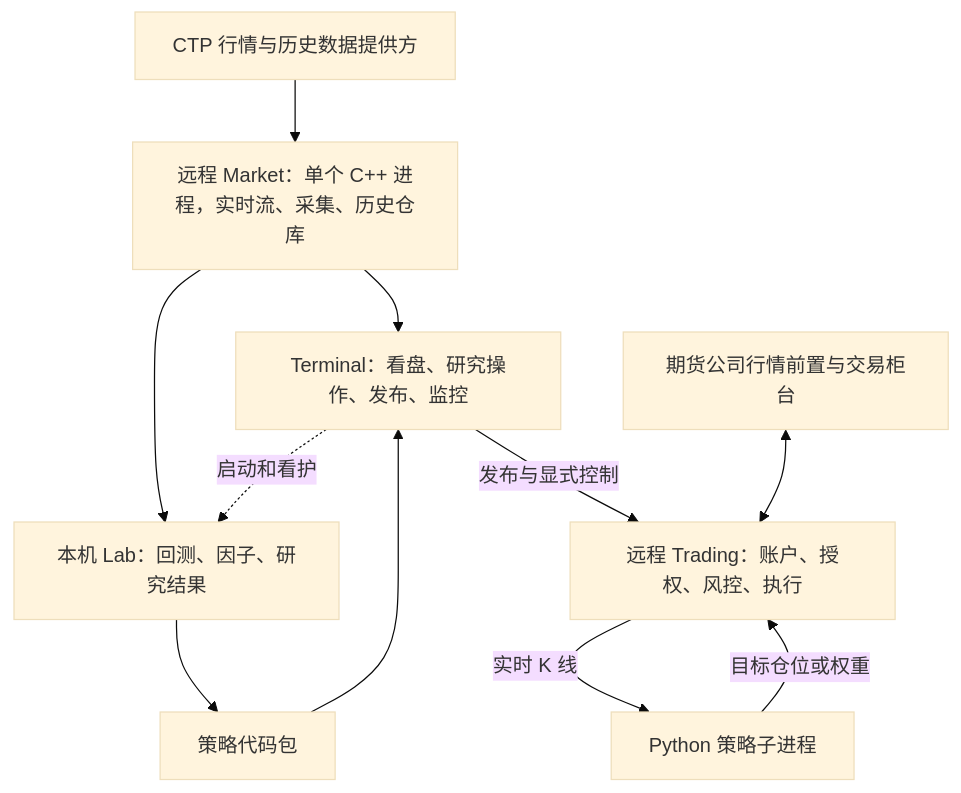
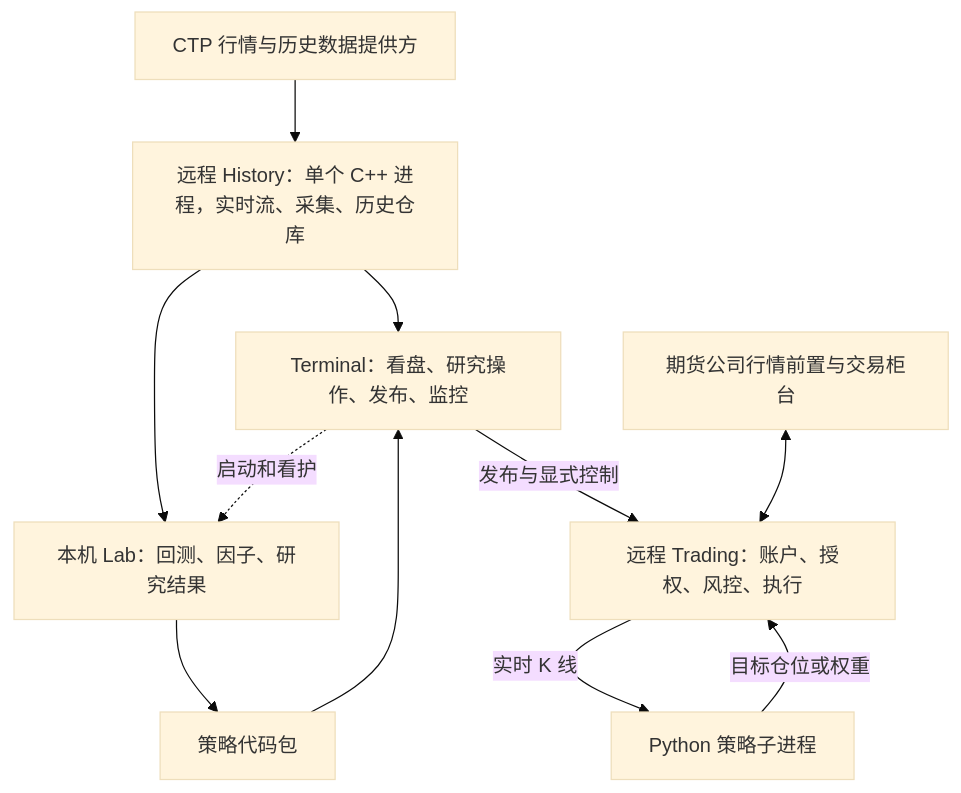
One commit to isqiwen/asterion-terminal changed the diagram in docs/architecture.md. Above: the diagram before and after it, drawn with Mermaid (base theme). The commit also changed other lines of this file and 230 other files, not shown here.

First line of the commit message:
M3.85: rename Market to History

````diff
--- a/docs/architecture.md
+++ b/docs/architecture.md
@@ -5,13 +5,13 @@
 ```mermaid
 flowchart TB
-  Providers[CTP 行情与历史数据提供方] --> Market[远程 Market：单个 C++ 进程，实时流、采集、历史仓库]
-  Market --> Terminal[Terminal：看盘、研究操作、发布、监控]
-  Market --> Lab[本机 Lab：回测、因子、研究结果]
+  Providers[CTP 行情与历史数据提供方] --> History[远程 History：单个 C++ 进程，实时流、采集、历史仓库]
+  History --> Terminal[Terminal：看盘、研究操作、发布、监控]
+  History --> Lab[本机 Lab：回测、因子、研究结果]
   Terminal -.启动和看护.-> Lab
   Lab --> Package[策略代码包]
   Package --> Terminal
   Terminal -->|发布与显式控制| Trading[远程 Trading：账户、授权、风控、执行]
   Counter[期货公司行情前置与交易柜台] <--> Trading
   Trading -->|实时 K 线| Strategy[Python 策略子进程]
   Strategy -->|目标仓位或权重| Trading
 ```
````
